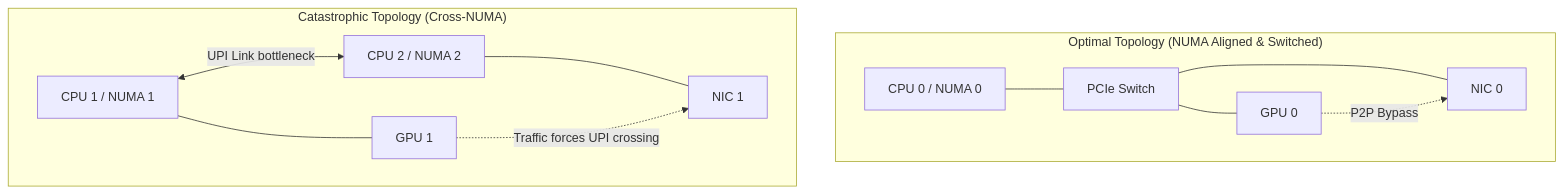
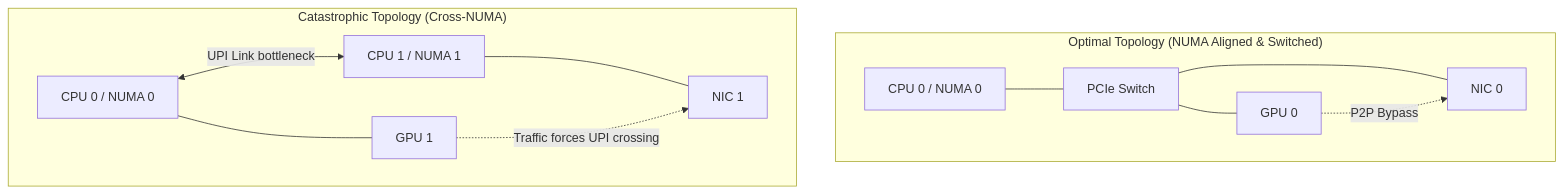
Before and after one commit to jithinpnjm/nvidia-devops: the diagram in docs/nvidia-zero-to-hero/volume-07/chapter-02-pcie-numa-and-host-data-paths.md, drawn with Mermaid. The commit also changed other lines of this file and 289 other files, not shown here.

````diff
--- a/docs/nvidia-zero-to-hero/volume-07/chapter-02-pcie-numa-and-host-data-paths.md
+++ b/docs/nvidia-zero-to-hero/volume-07/chapter-02-pcie-numa-and-host-data-paths.md
@@ -75,16 +75,16 @@
 ```mermaid
 flowchart TD
     subgraph "Optimal Topology (NUMA Aligned & Switched)"
         CPU0[CPU 0 / NUMA 0] --- SW[PCIe Switch]
         SW --- GPU0[GPU 0]
         SW --- NIC0[NIC 0]
         GPU0 -.->|P2P Bypass| NIC0
     end
     
     subgraph "Catastrophic Topology (Cross-NUMA)"
-        CPU1[CPU 1 / NUMA 1] <-->|UPI Link bottleneck| CPU2[CPU 2 / NUMA 2]
+        CPU1[CPU 0 / NUMA 0] <-->|UPI Link bottleneck| CPU2[CPU 1 / NUMA 1]
         CPU1 --- GPU1[GPU 1]
         CPU2 --- NIC1[NIC 1]
         GPU1 -.->|Traffic forces UPI crossing| NIC1
     end
 ```
````
